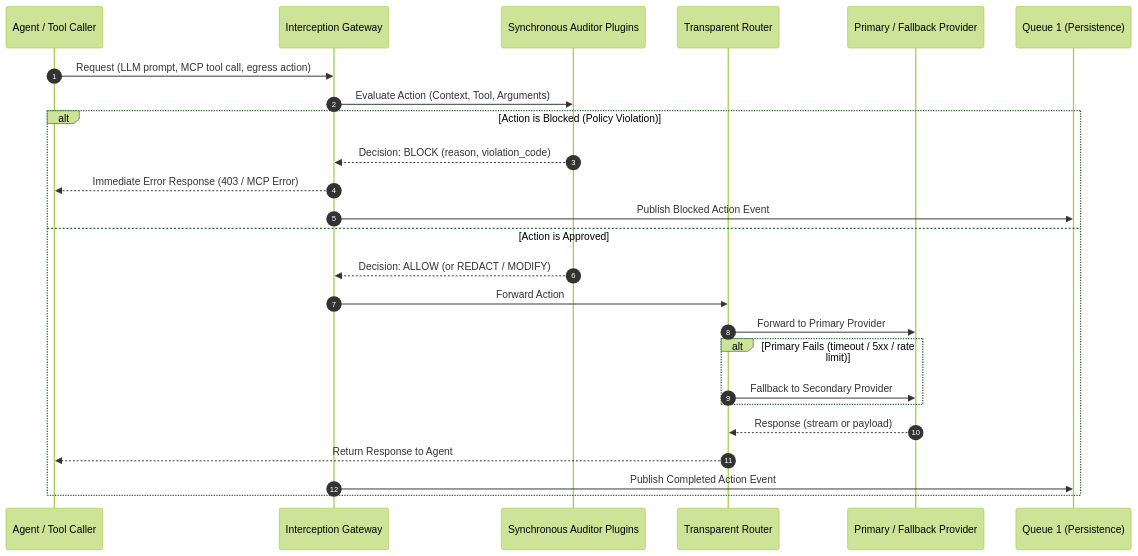
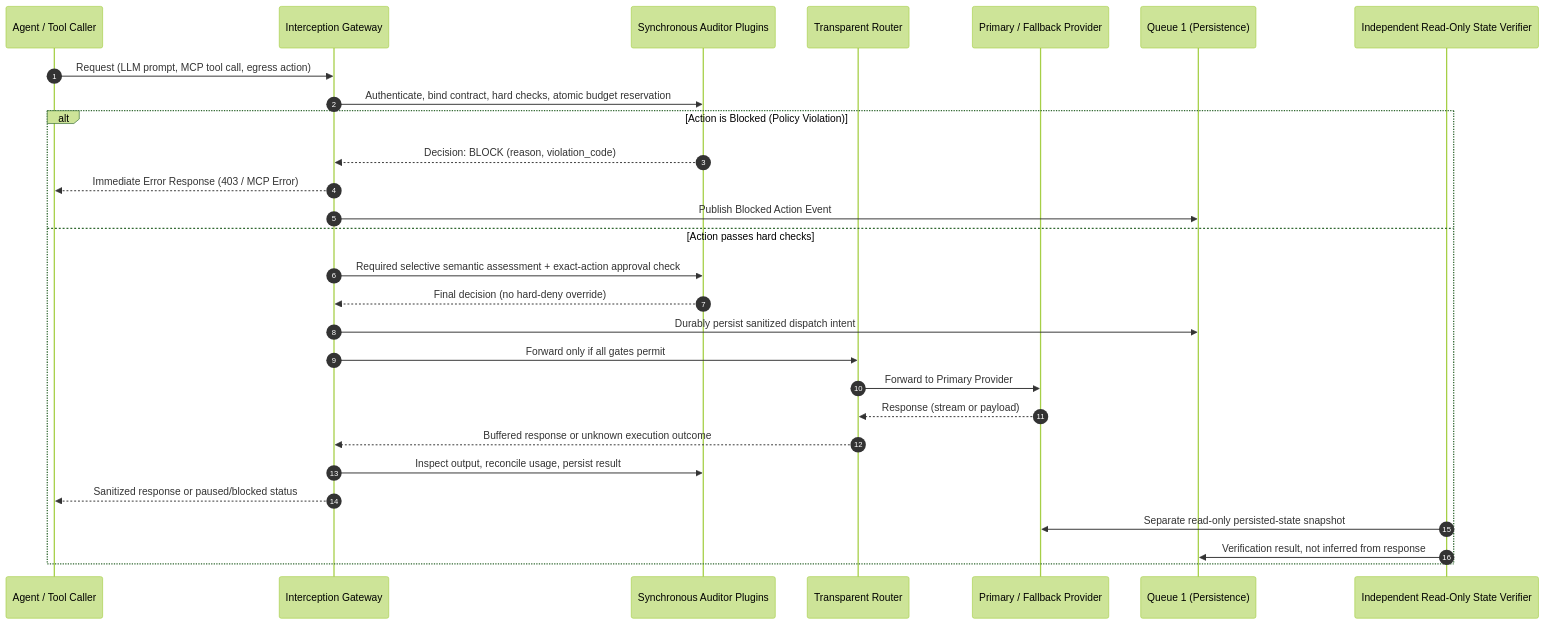
One commit to HardCounter/Hack-Yeah-2026 changed the second of 4 diagrams in docs/application-documentation.md. Above: the diagram before and after it, drawn with Mermaid (forest theme). The commit also changed other lines of this file and 6 other files, not shown here.

Commit message:
docs: align KYC architecture with trusted runtime boundaries

````diff
--- a/docs/application-documentation.md
+++ b/docs/application-documentation.md
@@ -89,29 +98,32 @@
 ```mermaid
 sequenceDiagram
     autonumber
     participant Agent as Agent / Tool Caller
     participant Interceptor as Interception Gateway
     participant Auditor as Synchronous Auditor Plugins
     participant Router as Transparent Router
     participant Upstream as Primary / Fallback Provider
     participant Q1 as Queue 1 (Persistence)
+    participant Verifier as Independent Read-Only State Verifier
 
     Agent->>Interceptor: Request (LLM prompt, MCP tool call, egress action)
-    Interceptor->>Auditor: Evaluate Action (Context, Tool, Arguments)
+    Interceptor->>Auditor: Authenticate, bind contract, hard checks, atomic budget reservation
     
     alt Action is Blocked (Policy Violation)
         Auditor-->>Interceptor: Decision: BLOCK (reason, violation_code)
         Interceptor-->>Agent: Immediate Error Response (403 / MCP Error)
         Interceptor->>Q1: Publish Blocked Action Event
-    else Action is Approved
-        Auditor-->>Interceptor: Decision: ALLOW (or REDACT / MODIFY)
-        Interceptor->>Router: Forward Action
+    else Action passes hard checks
+        Interceptor->>Auditor: Required selective semantic assessment + exact-action approval check
+        Auditor-->>Interceptor: Final decision (no hard-deny override)
+        Interceptor->>Q1: Durably persist sanitized dispatch intent
+        Interceptor->>Router: Forward only if all gates permit
         Router->>Upstream: Forward to Primary Provider
-        alt Primary Fails (timeout / 5xx / rate limit)
-            Router->>Upstream: Fallback to Secondary Provider
-        end
         Upstream-->>Router: Response (stream or payload)
-        Router-->>Agent: Return Response to Agent
-        Interceptor->>Q1: Publish Completed Action Event
+        Router-->>Interceptor: Buffered response or unknown execution outcome
+        Interceptor->>Auditor: Inspect output, reconcile usage, persist result
+        Interceptor-->>Agent: Sanitized response or paused/blocked status
+        Verifier->>Upstream: Separate read-only persisted-state snapshot
+        Verifier->>Q1: Verification result, not inferred from response
     end
 ```
````
